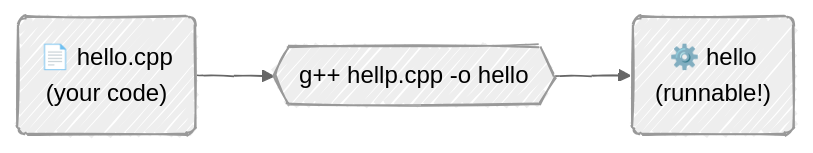
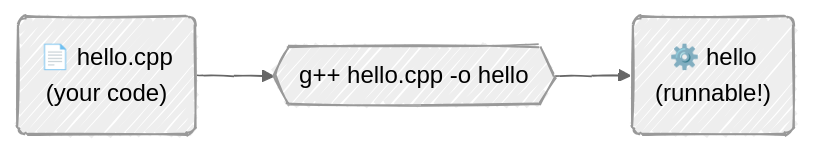
The first of 3 diagrams in posts/2026-04-23-configure-and-make/index.qmd (NBISweden/Training-Tech-shorts), drawn with Mermaid before and after one commit.

````diff
--- a/posts/2026-04-23-configure-and-make/index.qmd
+++ b/posts/2026-04-23-configure-and-make/index.qmd
@@ -61,13 +61,13 @@
 ```{mermaid}
 ---
 config:
   look: handDrawn
   theme: neutral
 ---
 flowchart LR
     src("📄 hello.cpp<br/>(your code)")
-    cmd{{"g++ hellp.cpp -o hello"}}
+    cmd{{"g++ hello.cpp -o hello"}}
     bin("⚙️  hello<br/>(runnable!)")
 
     src --> cmd --> bin
 ```
````
